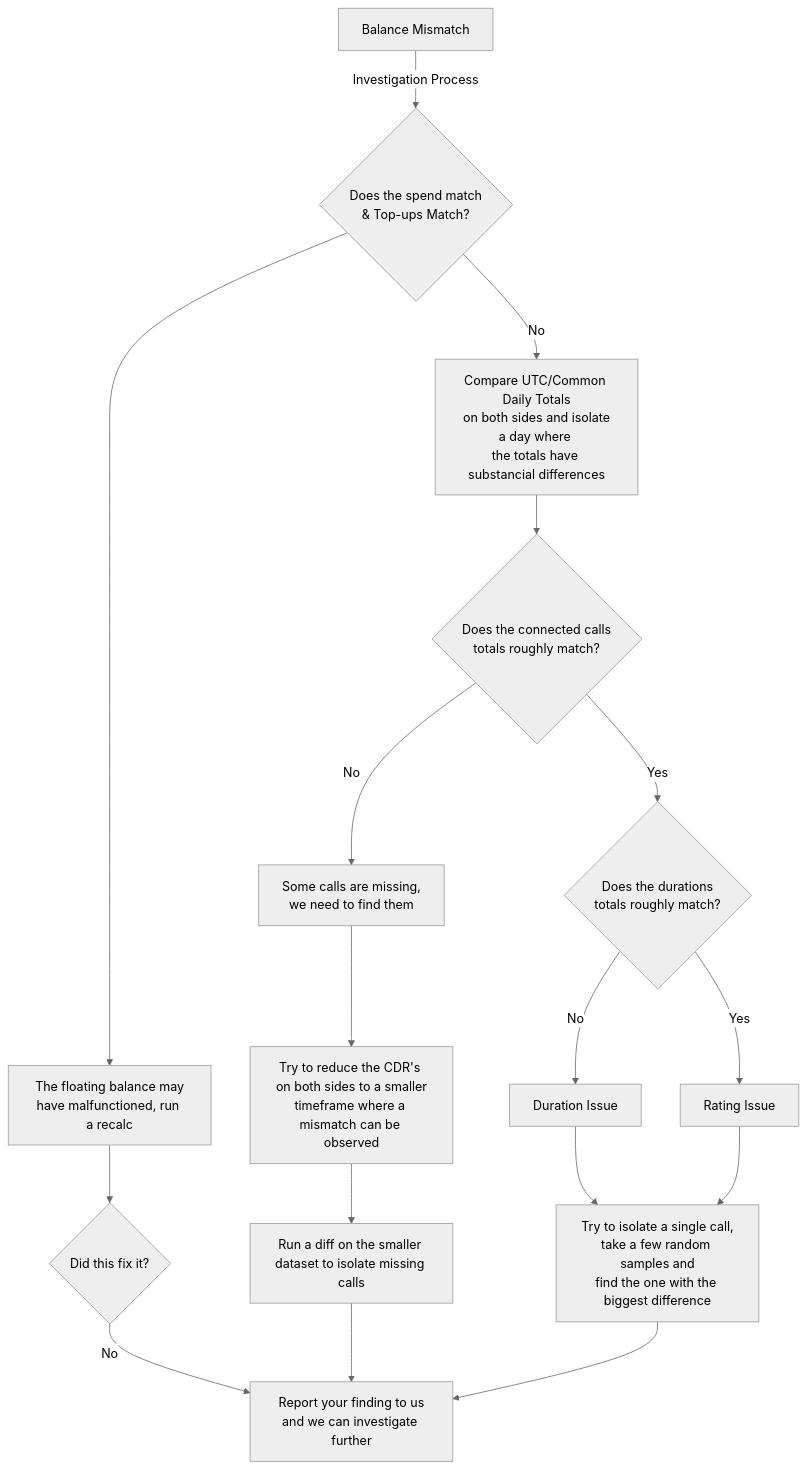
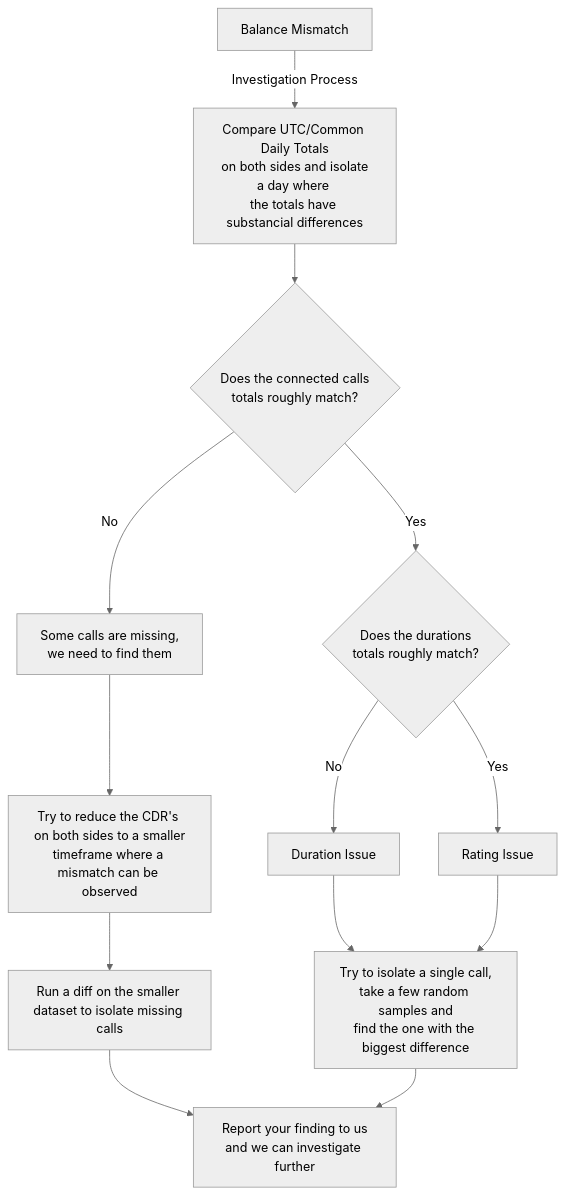
The diagram in docs/billing-basics.md (connexcs/docs), drawn with Mermaid (neutral theme) before and after one commit. The commit also changed other lines of this file, not shown here.

Commit message:
Corrected the flow diagram

````diff
--- a/docs/billing-basics.md
+++ b/docs/billing-basics.md
@@ -61,23 +69,17 @@
 ```mermaid
 graph TD
-    BAL[Balance Mismatch] -->|Investigation Process| QTOTALS
-    QTOTALS{Does the spend match<br/>& Top-ups Match?} --> RECALC
-    RECALC[The floating balance may<br/>have malfunctioned, run a recalc] --> RECALCFIX
-    RECALCFIX{Did this fix it?}
-    RECALCFIX -->| No | REPORT
-    QTOTALS -->| No | INV
-    INV[Compare UTC/Common Daily Totals<br/> on both sides and isolate a day where <br/>the totals have substancial differences] --> QCONN
+    BAL[Balance Mismatch] -->|Investigation Process|INV[Compare UTC/Common Daily Totals<br/> on both sides and isolate a day where <br/>the totals have substancial differences] --> QCONN
     QCONN{Does the connected calls<br/>totals roughly match?}
     QCONN -->| No | MISSINGCALLISSUE
     MISSINGCALLISSUE[Some calls are missing,<br/>we need to find them] --> ISOLATEHOUR
     ISOLATEHOUR[Try to reduce the CDR's on both sides to a smaller<br/>timeframe where a mismatch can be observed] --> DIFFCALLS
     DIFFCALLS[Run a diff on the smaller dataset to isolate missing calls] --> REPORT
     QCONN -->| Yes | QDUR[Problem Resolved]
     QDUR{Does the durations <br/>totals roughly match?}
     QDUR -->| No | DURATIONISSUE
     DURATIONISSUE[Duration Issue] --> 1CALL
     QDUR -->| Yes | RATINGISSUE[Problem Resolved]
     RATINGISSUE[Rating Issue] --> 1CALL
     1CALL[Try to isolate a single call,<br/>take a few random samples and<br/>find the one with the biggest difference] --> REPORT
     REPORT[Report your finding to us<br/>and we can investigate further]
 ```
````
